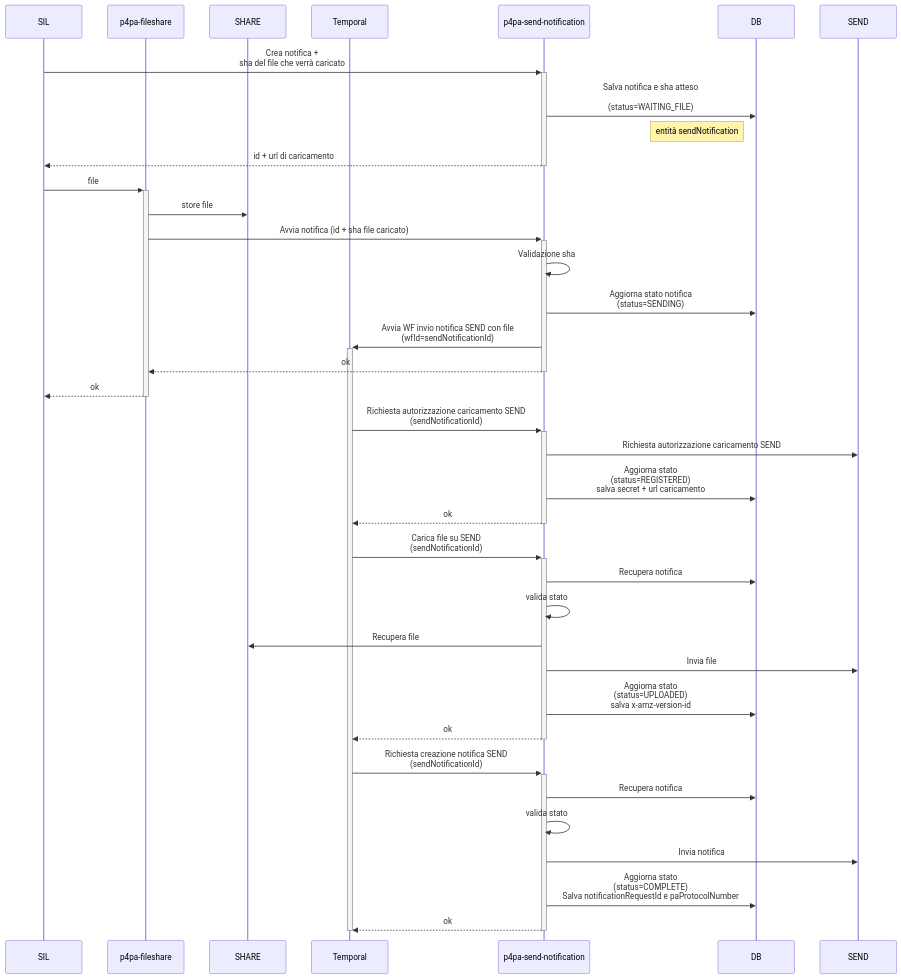
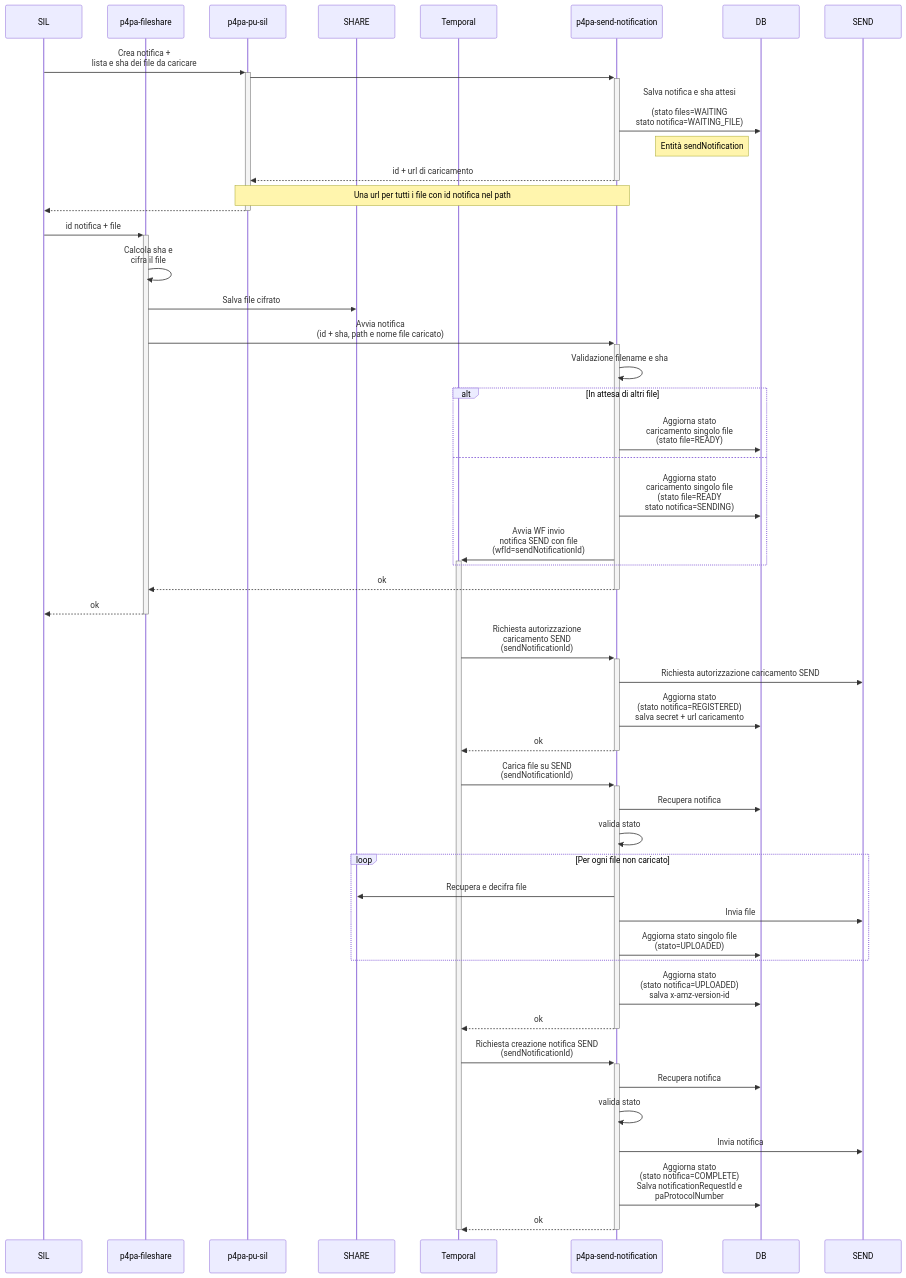
Before and after one commit to pagopa/p4pa-doc: the diagram in design/send/sequence_createNotificationWithFile.mmd, drawn with Mermaid. The commit also changed 1 other file, not shown here.

Commit message:
update send sequences to handle multiple files

```diff
--- a/design/send/sequence_createNotificationWithFile.mmd
+++ b/design/send/sequence_createNotificationWithFile.mmd
@@ -1,44 +1,56 @@
 sequenceDiagram
     participant SIL
     participant MS_SHARE as p4pa-fileshare
+    participant MS_SIL as p4pa-pu-sil
     participant SHARE
     participant WF as Temporal
     participant MS_SEND as p4pa-send-notification
     participant DB
     participant SEND_PAGOPA as SEND
 
-    SIL ->>+ MS_SEND: Crea notifica +<BR />sha del file che verrà caricato
-        MS_SEND ->> DB: Salva notifica e sha atteso<BR /><BR />(status=WAITING_FILE)
-        note left of DB: entità sendNotification
-        MS_SEND -->>- SIL: id + url di caricamento
+    SIL ->>+ MS_SIL: Crea notifica +<BR />lista e sha dei file da caricare
+        MS_SIL ->>+ MS_SEND: #
+            MS_SEND ->> DB: Salva notifica e sha attesi<BR /><BR />(stato files=WAITING<BR />stato notifica=WAITING_FILE)
+            note left of DB: Entità sendNotification
+            MS_SEND -->>- MS_SIL: id + url di caricamento
+            note over MS_SIL,MS_SEND: Una url per tutti i file con id notifica nel path
+        MS_SIL -->>- SIL: #
 
-    SIL ->>+ MS_SHARE: file
-        MS_SHARE ->> SHARE: store file
-        MS_SHARE ->>+ MS_SEND: Avvia notifica (id + sha file caricato)
-            MS_SEND ->> MS_SEND: Validazione sha
-            MS_SEND ->> DB: Aggiorna stato notifica<BR />(status=SENDING)
-            MS_SEND ->>+ WF: Avvia WF invio notifica SEND con file<BR />(wfId=sendNotificationId)
+    SIL ->>+ MS_SHARE: id notifica + file
+        MS_SHARE ->> MS_SHARE: Calcola sha e<BR />cifra il file
+        MS_SHARE ->> SHARE: Salva file cifrato
+        MS_SHARE ->>+ MS_SEND: Avvia notifica<BR />(id + sha, path e nome file caricato)
+            MS_SEND ->> MS_SEND: Validazione filename e sha
+            alt In attesa di altri file
+                MS_SEND ->> DB: Aggiorna stato<BR />caricamento singolo file<BR />(stato file=READY)
+            else
+                MS_SEND ->> DB: Aggiorna stato<BR />caricamento singolo file<BR />(stato file=READY<BR />stato notifica=SENDING)
+                MS_SEND ->>+ WF: Avvia WF invio<BR />notifica SEND con file<BR />(wfId=sendNotificationId)
+            end
             MS_SEND -->>- MS_SHARE: ok
     MS_SHARE -->>- SIL: ok
 
-    WF ->>+ MS_SEND: Richiesta autorizzazione caricamento SEND<BR />(sendNotificationId)
+    WF ->>+ MS_SEND: Richiesta autorizzazione<BR />caricamento SEND<BR />(sendNotificationId)
         MS_SEND ->> SEND_PAGOPA: Richiesta autorizzazione caricamento SEND
-        MS_SEND ->> DB: Aggiorna stato<BR />(status=REGISTERED)<BR />salva secret + url caricamento
+        MS_SEND ->> DB: Aggiorna stato<BR />(stato notifica=REGISTERED)<BR />salva secret + url caricamento
         MS_SEND -->>- WF: ok
 
     WF ->>+ MS_SEND: Carica file su SEND<BR />(sendNotificationId)
         MS_SEND ->> DB: Recupera notifica
         MS_SEND ->> MS_SEND: valida stato
-        MS_SEND ->> SHARE: Recupera file
-        MS_SEND ->> SEND_PAGOPA: Invia file
-        MS_SEND ->> DB: Aggiorna stato<BR />(status=UPLOADED)<BR />salva x-amz-version-id
+        loop Per ogni file non caricato
+            MS_SEND ->> SHARE: Recupera e decifra file
+            MS_SEND ->> SEND_PAGOPA: Invia file
+            MS_SEND ->> DB: Aggiorna stato singolo file<BR />(stato=UPLOADED)
+        end
+        MS_SEND ->> DB: Aggiorna stato<BR />(stato notifica=UPLOADED)<BR />salva x-amz-version-id
         MS_SEND -->>- WF: ok
 
     WF ->>+ MS_SEND: Richiesta creazione notifica SEND<BR />(sendNotificationId)
         MS_SEND ->> DB: Recupera notifica
         MS_SEND ->> MS_SEND: valida stato
         MS_SEND ->> SEND_PAGOPA: Invia notifica
-        MS_SEND ->> DB: Aggiorna stato<BR />(status=COMPLETE)<BR />Salva notificationRequestId e paProtocolNumber
+        MS_SEND ->> DB: Aggiorna stato<BR />(stato notifica=COMPLETE)<BR />Salva notificationRequestId e<BR/>paProtocolNumber
         MS_SEND -->>- WF: ok
 
     deactivate WF
```
